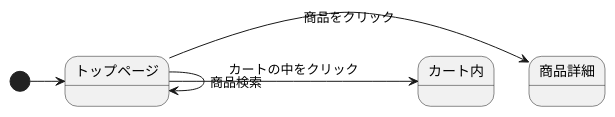
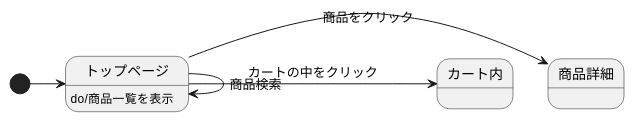
Before and after one commit to Aso2001195/2021sys-design: the diagram in kadai7.md, drawn with PlantUML.

````diff
--- a/kadai7.md
+++ b/kadai7.md
@@ -1,8 +1,9 @@
 ```uml
 @startuml
 [*] -> トップページ
 トップページ -> トップページ :商品検索
 トップページ -> 商品詳細 :商品をクリック
 トップページ -> カート内 :カートの中をクリック
+トップページ : do/商品一覧を表示
 @enduml
 ```
````
